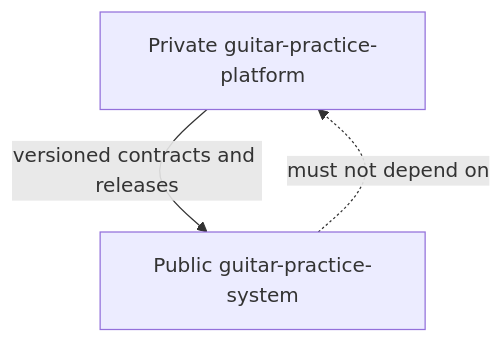
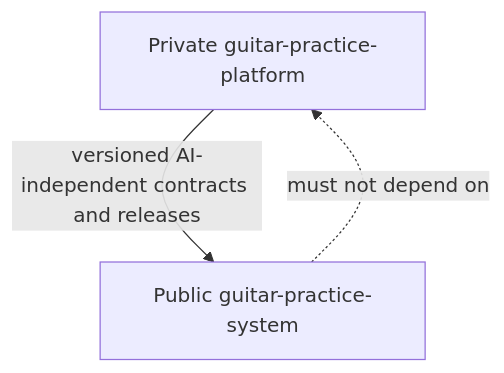
Before and after one commit to ryjen/guitar-practice-system: the second of 3 diagrams in README.md, drawn with Mermaid. The commit also changed other lines of this file and 12 other files, not shown here.

````diff
--- a/README.md
+++ b/README.md
@@ -55,5 +55,5 @@
 ```mermaid
 flowchart TD
-    P[Private guitar-practice-platform] -->|versioned contracts and releases| C[Public guitar-practice-system]
+    P[Private guitar-practice-platform] -->|versioned AI-independent contracts and releases| C[Public guitar-practice-system]
     C -. must not depend on .-> P
 ```
````
